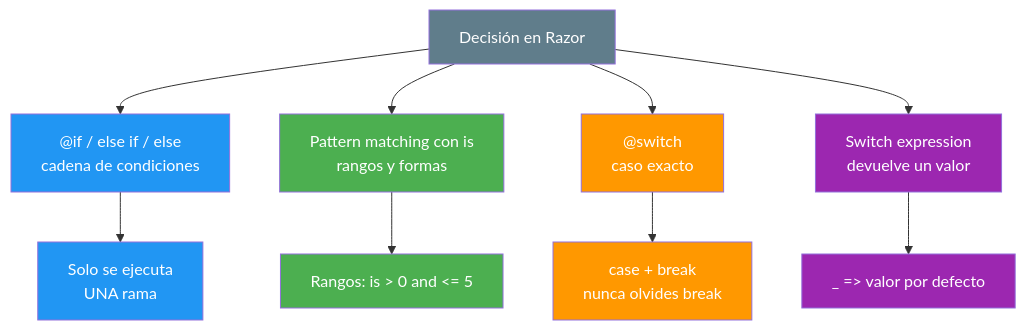
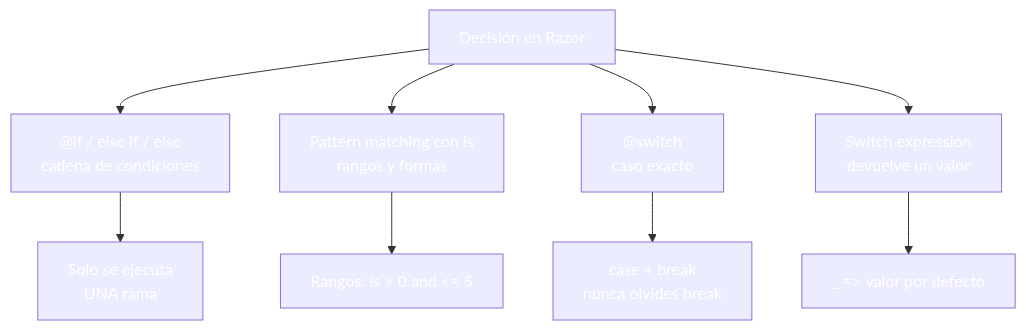
One commit to joseluisgs/DesarrolloWebEntornosServidor-03-2026-2027 changed the second of 4 diagrams in 03-estructuras-control.md. Above: the diagram before and after it, drawn with Mermaid. The commit also changed other lines of this file and 30 other files, not shown here.

````diff
--- a/03-estructuras-control.md
+++ b/03-estructuras-control.md
@@ -158,22 +158,22 @@
 ```mermaid
 graph TD
     A["Decisión en Razor"] --> B["@if / else if / else<br/>cadena de condiciones"]
     A --> C["Pattern matching con is<br/>rangos y formas"]
     A --> D["@switch<br/>caso exacto"]
     A --> E["Switch expression<br/>devuelve un valor"]
 
     B --> B1["Solo se ejecuta<br/>UNA rama"]
     C --> C1["Rangos:  is > 0 and <= 5"]
     D --> D1["case + break<br/>nunca olvides break"]
     E --> E1["_ => valor por defecto"]
 
-    style A fill:#607D8B,color:#fff
-    style B fill:#2196F3,color:#fff
-    style C fill:#4CAF50,color:#fff
-    style D fill:#FF9800,color:#fff
-    style E fill:#9C27B0,color:#fff
-    style B1 fill:#2196F3,color:#fff
-    style C1 fill:#4CAF50,color:#fff
-    style D1 fill:#FF9800,color:#fff
-    style E1 fill:#9C27B0,color:#fff
+    style A fill:#607D8,color:#fffB,color:#fff
+    style B fill:#2196F,color:#fff3,color:#fff
+    style C fill:#4CAF5,color:#fff0,color:#fff
+    style D fill:#FF980,color:#fff0,color:#fff
+    style E fill:#9C27B,color:#fff0,color:#fff
+    style B1 fill:#2196F,color:#fff3,color:#fff
+    style C1 fill:#4CAF5,color:#fff0,color:#fff
+    style D1 fill:#FF980,color:#fff0,color:#fff
+    style E1 fill:#9C27B,color:#fff0,color:#fff
 ```
````
